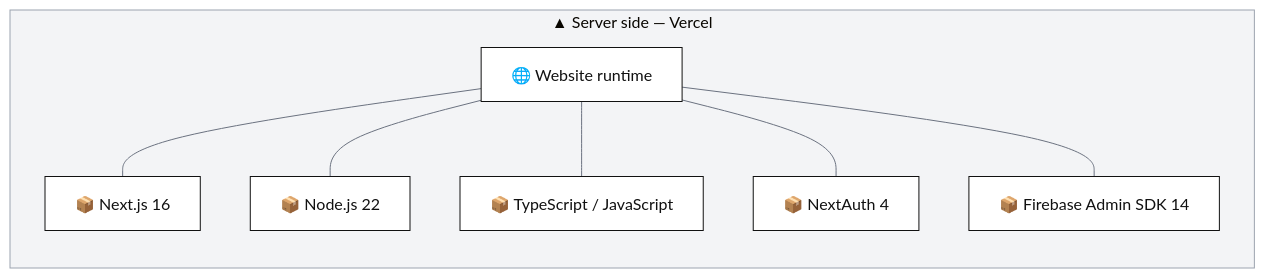
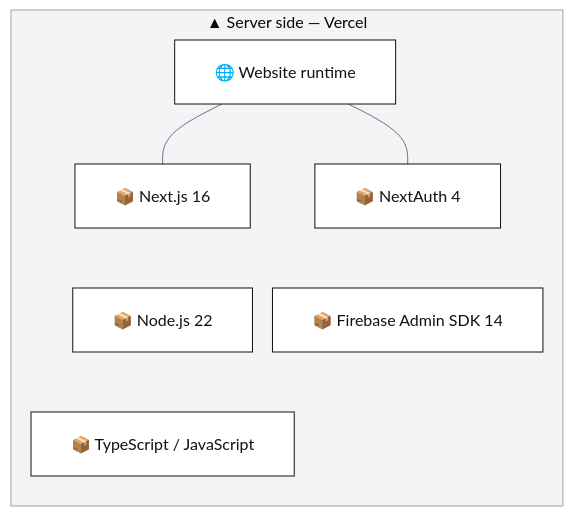
Before and after one commit to T00few2/dzr: the second of 4 diagrams in docs/architecture/tech-stack.md, drawn with Mermaid. The commit also changed other lines of this file and 46 other files, not shown here.

````diff
--- a/docs/architecture/tech-stack.md
+++ b/docs/architecture/tech-stack.md
@@ -39,25 +57,31 @@
 ```mermaid
 ---
 config:
   theme: base
+  flowchart:
+    padding: 20
+    nodeSpacing: 20
+    rankSpacing: 35
   themeCSS: |
     :is(&) { background: #ffffff; }
 ---
-flowchart LR
+flowchart TB
     subgraph vercel["▲ Server side — Vercel"]
+        direction TB
         web["🌐 Website runtime"]
         vercelTech0["📦 Next.js 16"]
+        vercelTech1["📦 Node.js 22"]
+        vercelTech2["📦 TypeScript / JavaScript"]
+        vercelTech3["📦 NextAuth 4"]
+        vercelTech4["📦 Firebase Admin SDK 14"]
+        %% Invisible links arrange columns; these are not dependencies.
         web --- vercelTech0
-        vercelTech1["📦 Node.js 22"]
-        web --- vercelTech1
-        vercelTech2["📦 TypeScript / JavaScript"]
-        web --- vercelTech2
-        vercelTech3["📦 NextAuth 4"]
+        vercelTech0 ~~~ vercelTech1
+        vercelTech1 ~~~ vercelTech2
         web --- vercelTech3
-        vercelTech4["📦 Firebase Admin SDK 14"]
-        web --- vercelTech4
+        vercelTech3 ~~~ vercelTech4
     end
     classDef default fill:#ffffff,stroke:#111111,color:#111111
     linkStyle default stroke:#6B7280
     style vercel fill:#f3f4f6,stroke:#9ca3af
 ```
````
